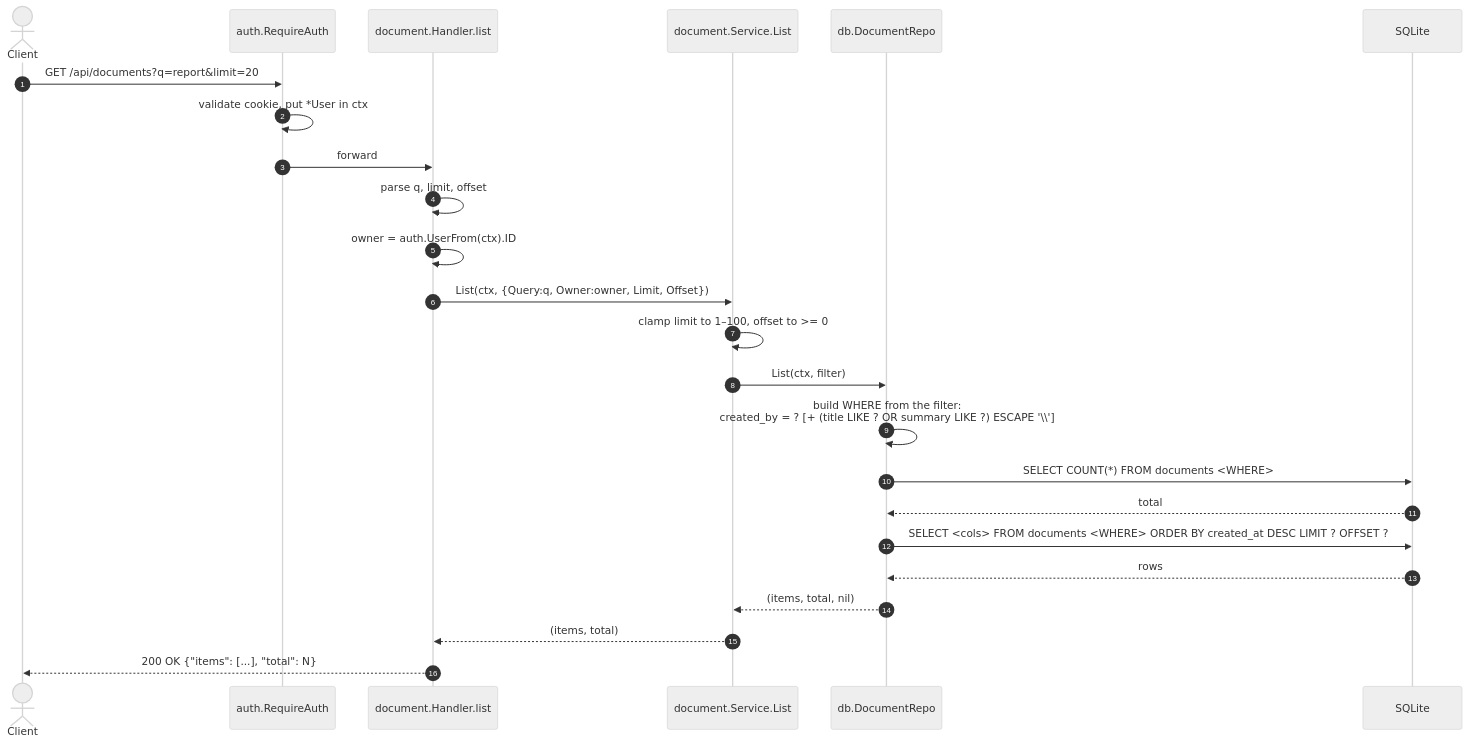
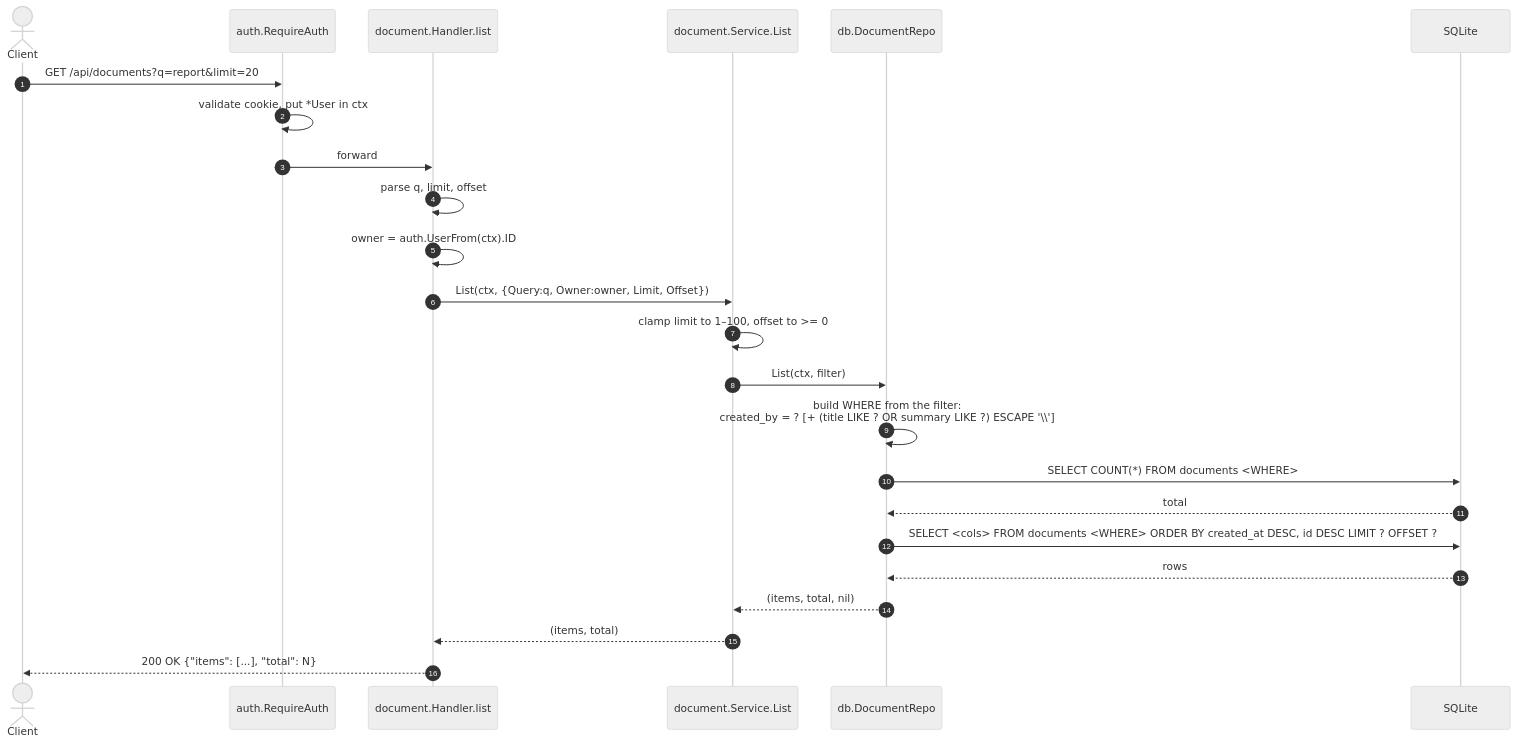
One commit to nhhthong/godocs changed the diagram in resources/flow/document_list.md. Above: the diagram before and after it, drawn with Mermaid (neutral theme). The commit also changed other lines of this file and 15 other files, not shown here.

````diff
--- a/resources/flow/document_list.md
+++ b/resources/flow/document_list.md
@@ -53,29 +53,29 @@
 ```mermaid
 sequenceDiagram
     autonumber
     actor Client
     participant MW as auth.RequireAuth
     participant H as document.Handler.list
     participant S as document.Service.List
     participant R as db.DocumentRepo
     participant DB as SQLite
 
     Client->>MW: GET /api/documents?q=report&limit=20
     MW->>MW: validate cookie, put *User in ctx
     MW->>H: forward
 
     H->>H: parse q, limit, offset
     H->>H: owner = auth.UserFrom(ctx).ID
     H->>S: List(ctx, {Query:q, Owner:owner, Limit, Offset})
     S->>S: clamp limit to 1–100, offset to >= 0
     S->>R: List(ctx, filter)
 
     R->>R: build WHERE from the filter:<br/>created_by = ?  [+ (title LIKE ? OR summary LIKE ?) ESCAPE '\\']
     R->>DB: SELECT COUNT(*) FROM documents <WHERE>
     DB-->>R: total
-    R->>DB: SELECT <cols> FROM documents <WHERE> ORDER BY created_at DESC LIMIT ? OFFSET ?
+    R->>DB: SELECT <cols> FROM documents <WHERE> ORDER BY created_at DESC, id DESC LIMIT ? OFFSET ?
     DB-->>R: rows
     R-->>S: (items, total, nil)
     S-->>H: (items, total)
     H-->>Client: 200 OK {"items": [...], "total": N}
 ```
````
